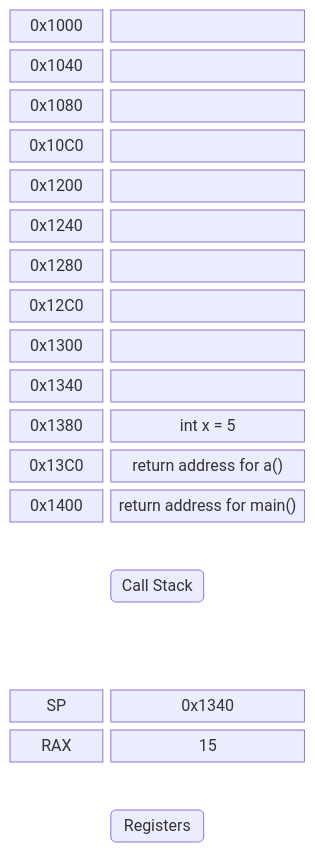
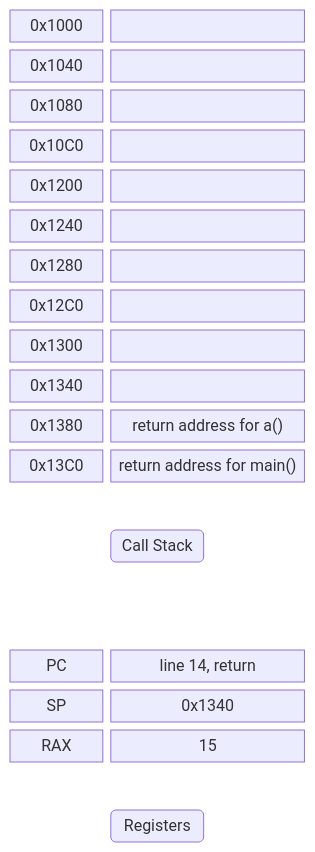
Before and after one commit to GlennVL-AP/cpp-programming-slides: diagram 16 of 19 in slides/session_6/index.md, drawn with Mermaid. The commit also changed other lines of this file, not shown here.

````diff
--- a/slides/session_6/index.md
+++ b/slides/session_6/index.md
@@ -1472,40 +1761,40 @@
 ```mermaid
 block-beta
   columns 3
   addr1["0x1000"]:1
   frame1[" "]:2
   addr2["0x1040"]:1
   frame2[" "]:2
   addr3["0x1080"]:1
   frame3[" "]:2
   addr4["0x10C0"]:1
   frame4[" "]:2
   addr5["0x1200"]:1
   frame5[" "]:2
   addr6["0x1240"]:1
   frame6[" "]:2
   addr7["0x1280"]:1
   frame7[" "]:2
   addr8["0x12C0"]:1
   frame8[" "]:2
   addr9["0x1300"]:1
   frame9[" "]:2
   addr10["0x1340"]:1
   frame10[" "]:2
   addr11["0x1380"]:1
-  frame11["int x = 5"]:2
+  frame11["return address for a()"]:2
   addr12["0x13C0"]:1
-  frame12["return address for a()"]:2
-  addr13["0x1400"]:1
-  frame13["return address for main()"]:2
+  frame12["return address for main()"]:2
   space:3
   space callstack("Call Stack") space
   space:3
   space:3
-  reg1["SP"]:1
-  regval1["0x1340"]:2
-  reg2["RAX"]:1
-  regval2["15"]:2
+  reg1["PC"]:1
+  regval1["line 14, return"]:2
+  reg2["SP"]:1
+  regval2["0x1340"]:2
+  reg3["RAX"]:1
+  regval3["15"]:2
   space:3
   space registers("Registers") space
 ```
````
